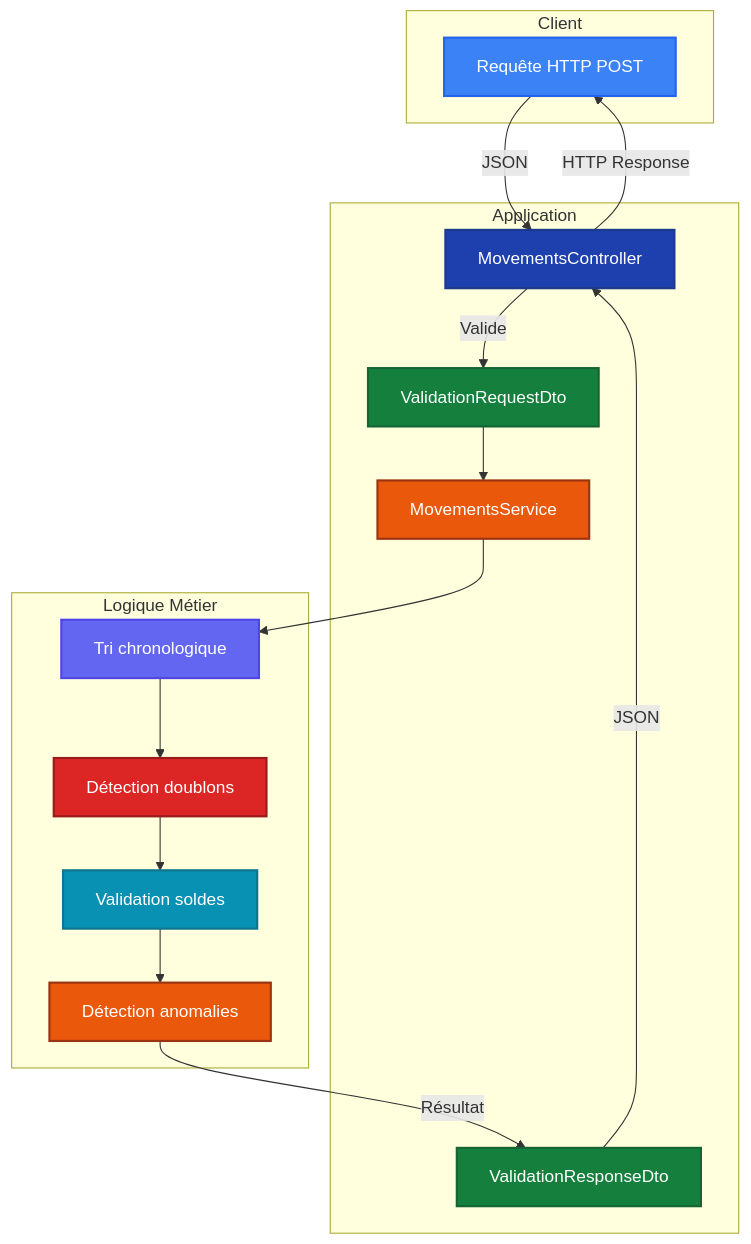
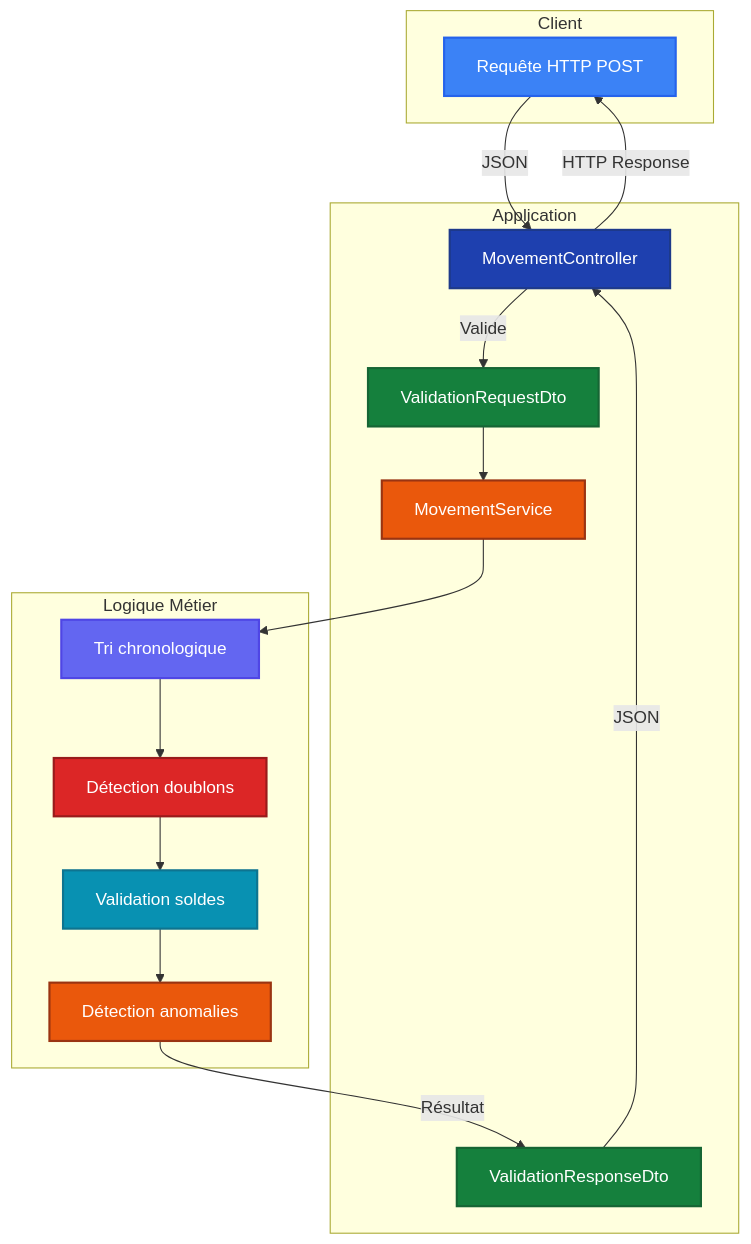
Before and after one commit to gobwah/dougs-test-app: the sixth of 13 diagrams in documentation/ANALYSE.md, drawn with Mermaid. The commit also changed other lines of this file and 12 other files, not shown here.

````diff
--- a/documentation/ANALYSE.md
+++ b/documentation/ANALYSE.md
@@ -386,41 +386,41 @@
 ```mermaid
 graph TB
     subgraph "Client"
         A[Requête HTTP POST]
     end
 
     subgraph "Application"
-        B[MovementsController]
-        C[MovementsService]
+        B[MovementController]
+        C[MovementService]
         D[ValidationRequestDto]
         E[ValidationResponseDto]
     end
 
     subgraph "Logique Métier"
         F[Tri chronologique]
         G[Détection doublons]
         H[Validation soldes]
         I[Détection anomalies]
     end
 
     A -->|JSON| B
     B -->|Valide| D
     D --> C
     C --> F
     F --> G
     G --> H
     H --> I
     I -->|Résultat| E
     E -->|JSON| B
     B -->|HTTP Response| A
 
     style A fill:#3b82f6,stroke:#2563eb,stroke-width:2px,color:#ffffff
     style B fill:#1e40af,stroke:#1e3a8a,stroke-width:2px,color:#ffffff
     style C fill:#ea580c,stroke:#9a3412,stroke-width:2px,color:#ffffff
     style D fill:#15803d,stroke:#166534,stroke-width:2px,color:#ffffff
     style E fill:#15803d,stroke:#166534,stroke-width:2px,color:#ffffff
     style F fill:#6366f1,stroke:#4f46e5,stroke-width:2px,color:#ffffff
     style G fill:#dc2626,stroke:#991b1b,stroke-width:2px,color:#ffffff
     style H fill:#0891b2,stroke:#0e7490,stroke-width:2px,color:#ffffff
     style I fill:#ea580c,stroke:#9a3412,stroke-width:2px,color:#ffffff
 ```
````
